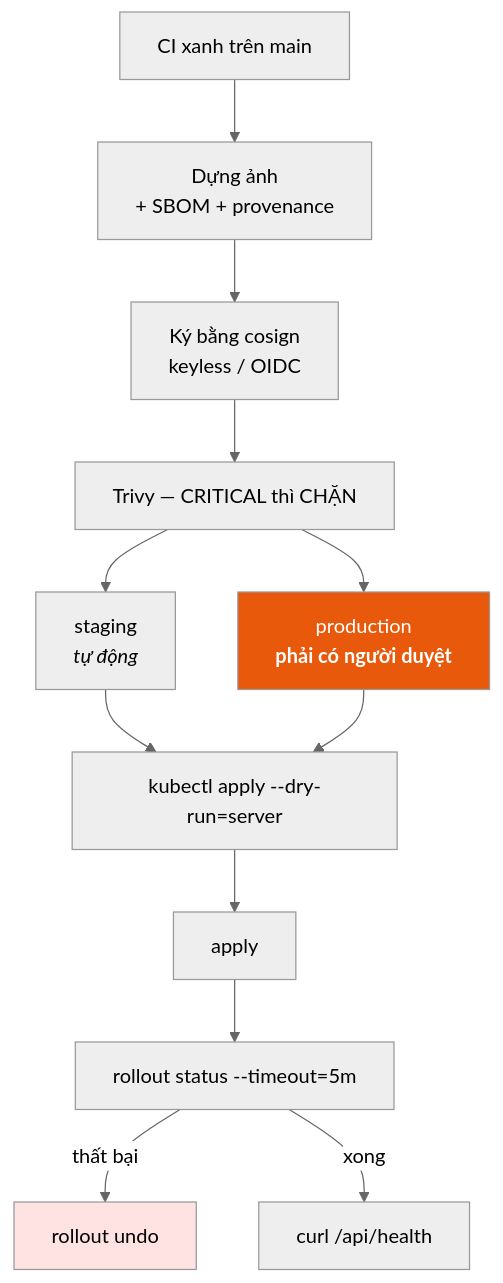
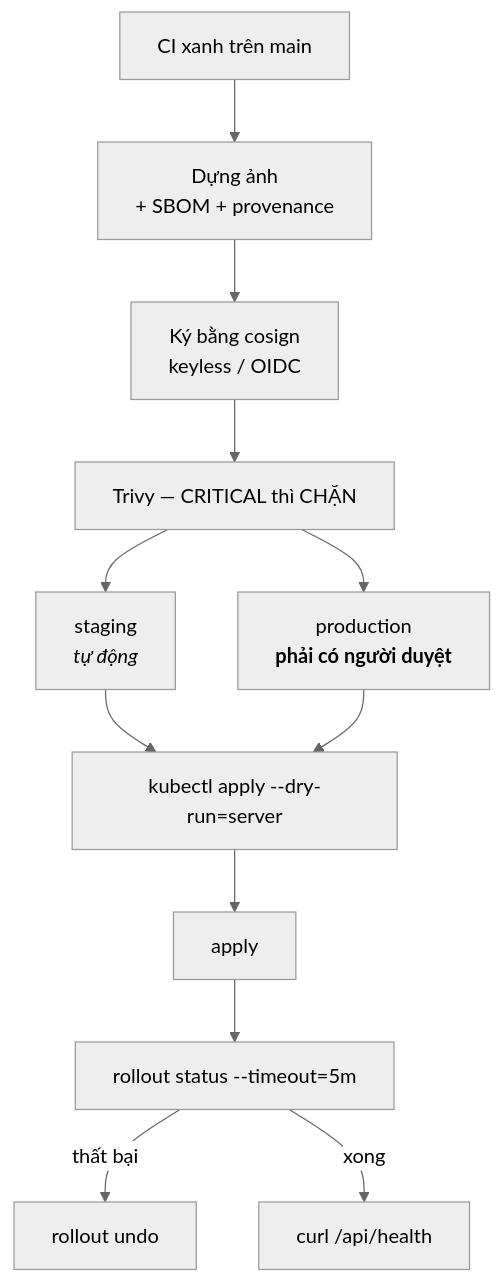
The second of 2 diagrams in docs/DEVOPS.md (KietAnhCS/coccoc-browser-like), drawn with Mermaid (neutral theme) before and after one commit. The commit also changed other lines of this file and 73 other files, not shown here.

````diff
--- a/docs/DEVOPS.md
+++ b/docs/DEVOPS.md
@@ -330,17 +324,14 @@
 ```mermaid
 flowchart TB
     ci["CI xanh trên main"] --> dung["Dựng ảnh<br/>+ SBOM + provenance"]
     dung --> ky["Ký bằng cosign<br/>keyless / OIDC"]
     ky --> quet["Trivy — CRITICAL thì CHẶN"]
     quet --> stg["staging<br/><i>tự động</i>"]
     quet --> prd["production<br/><b>phải có người duyệt</b>"]
     stg --> kho["kubectl apply --dry-run=server"]
     prd --> kho
     kho --> ap["apply"]
     ap --> cho["rollout status --timeout=5m"]
     cho -->|thất bại| lui["rollout undo"]
     cho -->|xong| ktra["curl /api/health"]
-
-    style prd fill:#e8590c,color:#fff
-    style lui fill:#ffe3e3
 ```
````
